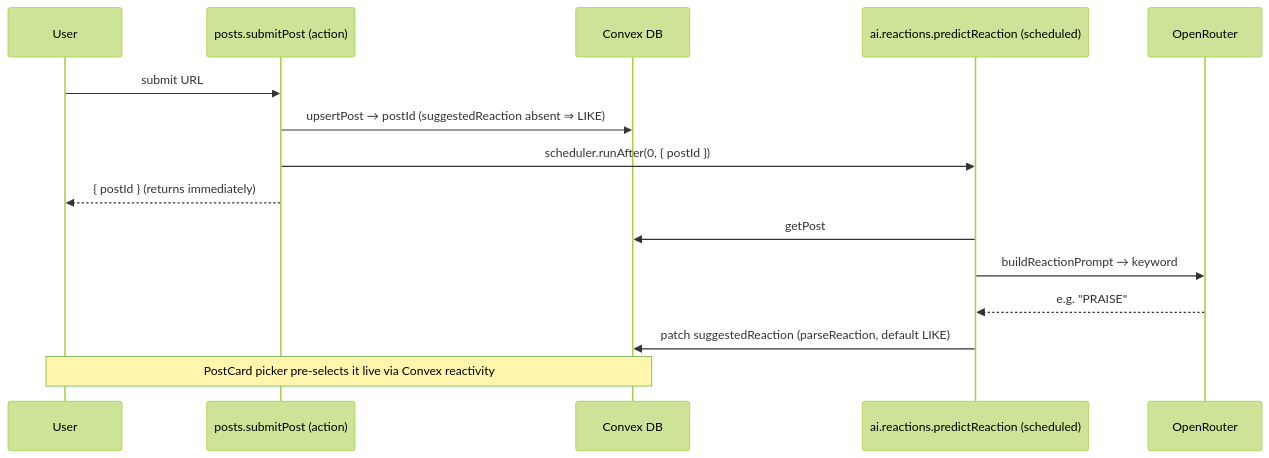
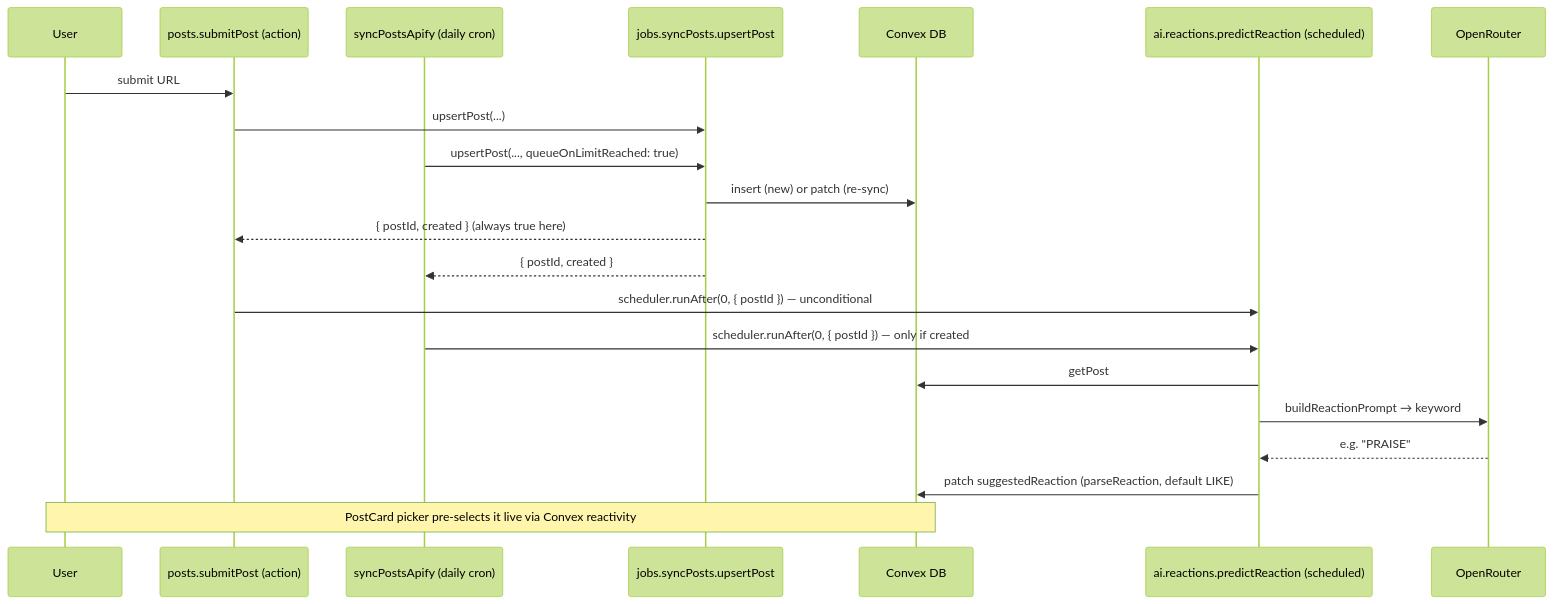
Diagram 12 of 21 in docs/PLATFORM.md (henriko202/glowing-octo-guide), drawn with Mermaid (forest theme) before and after one commit. The commit also changed other lines of this file and 22 other files, not shown here.

````diff
--- a/docs/PLATFORM.md
+++ b/docs/PLATFORM.md
@@ -1468,17 +1504,23 @@
 ```mermaid
 sequenceDiagram
     participant U as User
     participant SP as posts.submitPost (action)
+    participant CRON as syncPostsApify (daily cron)
+    participant UP as jobs.syncPosts.upsertPost
     participant DB as Convex DB
     participant PR as ai.reactions.predictReaction (scheduled)
     participant DS as OpenRouter
     U ->> SP: submit URL
-    SP ->> DB: upsertPost → postId (suggestedReaction absent ⇒ LIKE)
-    SP ->> PR: scheduler.runAfter(0, { postId })
-    SP -->> U: { postId } (returns immediately)
+    SP ->> UP: upsertPost(...)
+    CRON ->> UP: upsertPost(..., queueOnLimitReached: true)
+    UP ->> DB: insert (new) or patch (re-sync)
+    UP -->> SP: { postId, created } (always true here)
+    UP -->> CRON: { postId, created }
+    SP ->> PR: scheduler.runAfter(0, { postId }) — unconditional
+    CRON ->> PR: scheduler.runAfter(0, { postId }) — only if created
     PR ->> DB: getPost
     PR ->> DS: buildReactionPrompt → keyword
     DS -->> PR: e.g. "PRAISE"
     PR ->> DB: patch suggestedReaction (parseReaction, default LIKE)
     Note over DB, U: PostCard picker pre-selects it live via Convex reactivity
 ```
````
